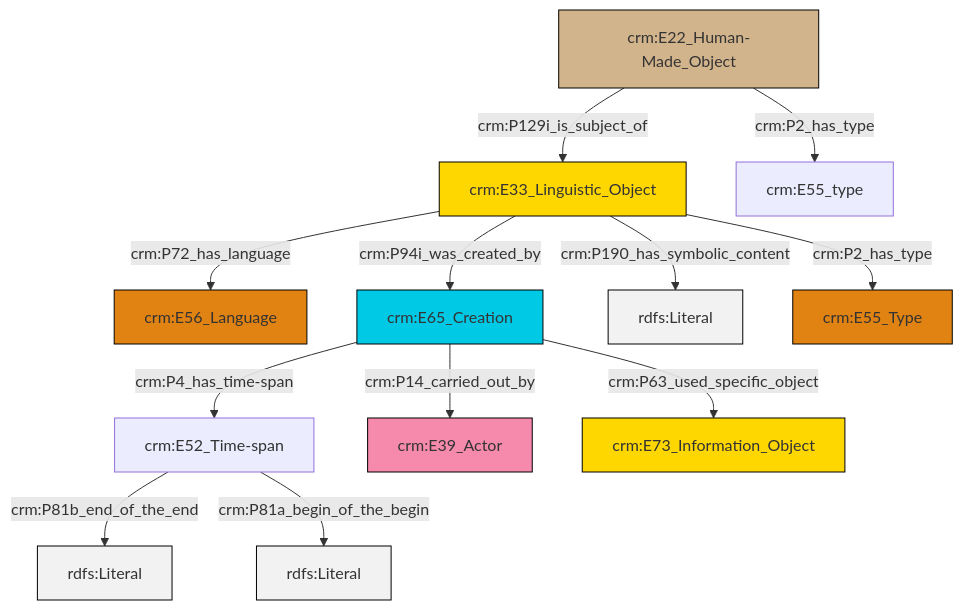
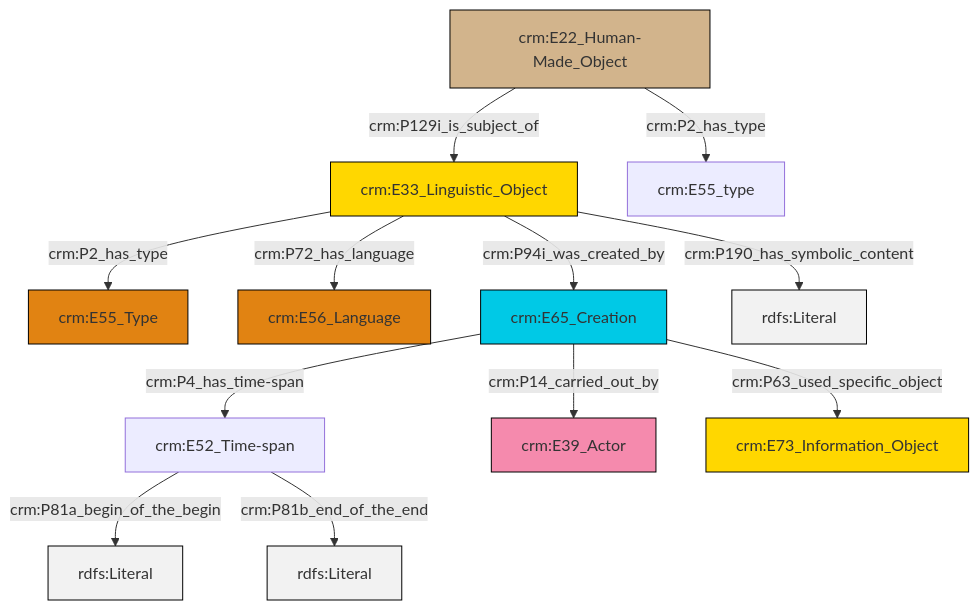
The diagram in et/builtWorkCSV/ttl/mmd/Built_Work_description.ttl.mmd (swiss-art-research-net/reference-data-models), drawn with Mermaid before and after one commit. The commit also changed 128 other files, not shown here.

```diff
--- a/et/builtWorkCSV/ttl/mmd/Built_Work_description.ttl.mmd
+++ b/et/builtWorkCSV/ttl/mmd/Built_Work_description.ttl.mmd
@@ -1,26 +1,26 @@
 graph TD
 classDef Literal fill:#f2f2f2,stroke:#000000;
 classDef CRM_Entity fill:#FFFFFF,stroke:#000000;
 classDef Temporal_Entity fill:#00C9E6, stroke:#000000;
 classDef Type fill:#E18312, stroke:#000000;
 classDef Time-Span fill:#2C9C91, stroke:#000000;
 classDef Appellation fill:#FFEB7F, stroke:#000000;
 classDef Place fill:#008836, stroke:#000000;
 classDef Persistent_Item fill:#B266B2, stroke:#000000;
 classDef Conceptual_Object fill:#FFD700, stroke:#000000;
 classDef Physical_Thing fill:#D2B48C, stroke:#000000;
 classDef Actor fill:#f58aad, stroke:#000000;
 classDef PC_Classes fill:#4ce600, stroke:#000000;
 classDef Multi fill:#cccccc,stroke:#000000;
 
-4["crm:E22_Human-Made_Object"]:::Physical_Thing -->|crm:P2_has_type| 5["crm:E55_type"]:::Default
-0["crm:E52_Time-span"]:::Default -->|crm:P81b_end_of_the_end| 6[rdfs:Literal]:::Literal
-2["crm:E33_Linguistic_Object"]:::Conceptual_Object -->|crm:P190_has_symbolic_content| 12[rdfs:Literal]:::Literal
-4["crm:E22_Human-Made_Object"]:::Physical_Thing -->|crm:P129i_is_subject_of| 2["crm:E33_Linguistic_Object"]:::Conceptual_Object
-9["crm:E65_Creation"]:::Temporal_Entity -->|crm:P14_carried_out_by| 13["crm:E39_Actor"]:::Actor
-2["crm:E33_Linguistic_Object"]:::Conceptual_Object -->|crm:P94i_was_created_by| 9["crm:E65_Creation"]:::Temporal_Entity
-9["crm:E65_Creation"]:::Temporal_Entity -->|crm:P63_used_specific_object| 14["crm:E73_Information_Object"]:::Conceptual_Object
-2["crm:E33_Linguistic_Object"]:::Conceptual_Object -->|crm:P72_has_language| 7["crm:E56_Language"]:::Type
-2["crm:E33_Linguistic_Object"]:::Conceptual_Object -->|crm:P2_has_type| 17["crm:E55_Type"]:::Type
-0["crm:E52_Time-span"]:::Default -->|crm:P81a_begin_of_the_begin| 20[rdfs:Literal]:::Literal
-9["crm:E65_Creation"]:::Temporal_Entity -->|crm:P4_has_time-span| 0["crm:E52_Time-span"]:::Default
+4["crm:E33_Linguistic_Object"]:::Conceptual_Object -->|crm:P72_has_language| 5["crm:E56_Language"]:::Type
+6["crm:E65_Creation"]:::Temporal_Entity -->|crm:P4_has_time-span| 7["crm:E52_Time-span"]:::Default
+4["crm:E33_Linguistic_Object"]:::Conceptual_Object -->|crm:P190_has_symbolic_content| 11[rdfs:Literal]:::Literal
+0["crm:E22_Human-Made_Object"]:::Physical_Thing -->|crm:P129i_is_subject_of| 4["crm:E33_Linguistic_Object"]:::Conceptual_Object
+7["crm:E52_Time-span"]:::Default -->|crm:P81a_begin_of_the_begin| 12[rdfs:Literal]:::Literal
+4["crm:E33_Linguistic_Object"]:::Conceptual_Object -->|crm:P94i_was_created_by| 6["crm:E65_Creation"]:::Temporal_Entity
+6["crm:E65_Creation"]:::Temporal_Entity -->|crm:P14_carried_out_by| 9["crm:E39_Actor"]:::Actor
+6["crm:E65_Creation"]:::Temporal_Entity -->|crm:P63_used_specific_object| 18["crm:E73_Information_Object"]:::Conceptual_Object
+7["crm:E52_Time-span"]:::Default -->|crm:P81b_end_of_the_end| 20[rdfs:Literal]:::Literal
+0["crm:E22_Human-Made_Object"]:::Physical_Thing -->|crm:P2_has_type| 14["crm:E55_type"]:::Default
+4["crm:E33_Linguistic_Object"]:::Conceptual_Object -->|crm:P2_has_type| 2["crm:E55_Type"]:::Type
```
